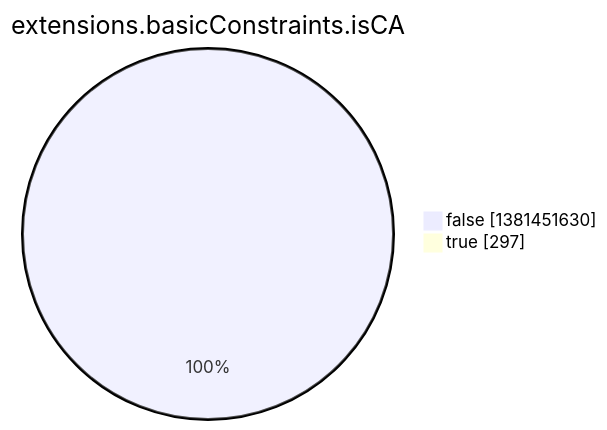
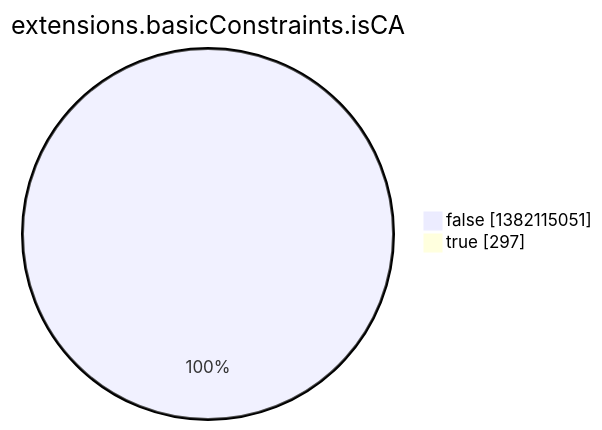
One commit to christiankrug/ctmonitor_visualization changed the eighth of 15 diagrams in argon2022/README.md. Above: the diagram before and after it, drawn with Mermaid. The commit also changed other lines of this file, not shown here.

````diff
--- a/argon2022/README.md
+++ b/argon2022/README.md
@@ -2759,6 +2759,6 @@
 ```mermaid
 pie showData
 title extensions.basicConstraints.isCA
-"false" :1381451630
+"false" :1382115051
 "true" :297
 ```
````
